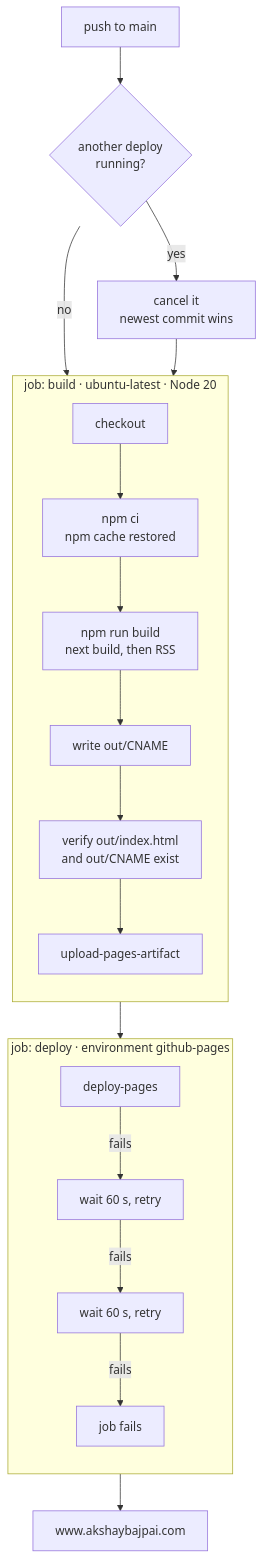
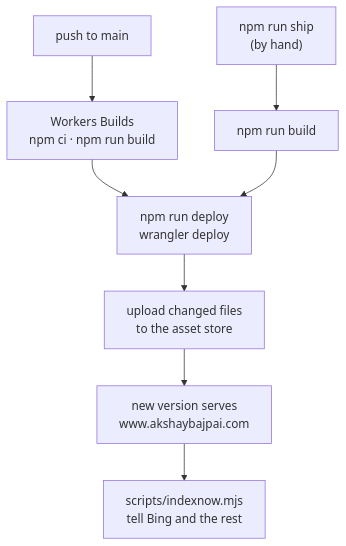
One commit to ax5hay/akshaybajpai.com changed the first of 2 diagrams in DEPLOYMENT.md. Above: the diagram before and after it, drawn with Mermaid. The commit also changed other lines of this file and 7 other files, not shown here.

First line of the commit message:
Deploy from Cloudflare: wrangler scripts, IndexNow after deploy, runbook

````diff
--- a/DEPLOYMENT.md
+++ b/DEPLOYMENT.md
@@ -55,27 +61,10 @@
 ```mermaid
 flowchart TD
-  PUSH["push to main"] --> Q{"another deploy<br/>running?"}
-  Q -->|yes| CANCEL["cancel it<br/>newest commit wins"]
-  Q -->|no| BUILD
-  CANCEL --> BUILD
-
-  subgraph BUILD["job: build · ubuntu-latest · Node 20"]
-    direction TB
-    B1["checkout"] --> B2["npm ci<br/>npm cache restored"]
-    B2 --> B3["npm run build<br/>next build, then RSS"]
-    B3 --> B4["write out/CNAME"]
-    B4 --> B5["verify out/index.html<br/>and out/CNAME exist"]
-    B5 --> B6["upload-pages-artifact"]
-  end
-
-  BUILD --> DEPLOY
-
-  subgraph DEPLOY["job: deploy · environment github-pages"]
-    direction TB
-    D1["deploy-pages"] -->|fails| D2["wait 60 s, retry"]
-    D2 -->|fails| D3["wait 60 s, retry"]
-    D3 -->|fails| D4["job fails"]
-  end
-
-  DEPLOY --> LIVE["www.akshaybajpai.com"]
+  PUSH["push to main"] --> BUILD["Workers Builds<br/>npm ci · npm run build"]
+  LOCAL["npm run ship<br/>(by hand)"] --> BUILD2["npm run build"]
+  BUILD --> DEPLOY["npm run deploy<br/>wrangler deploy"]
+  BUILD2 --> DEPLOY
+  DEPLOY --> UP["upload changed files<br/>to the asset store"]
+  UP --> LIVE["new version serves<br/>www.akshaybajpai.com"]
+  LIVE --> PING["scripts/indexnow.mjs<br/>tell Bing and the rest"]
 ```
````
